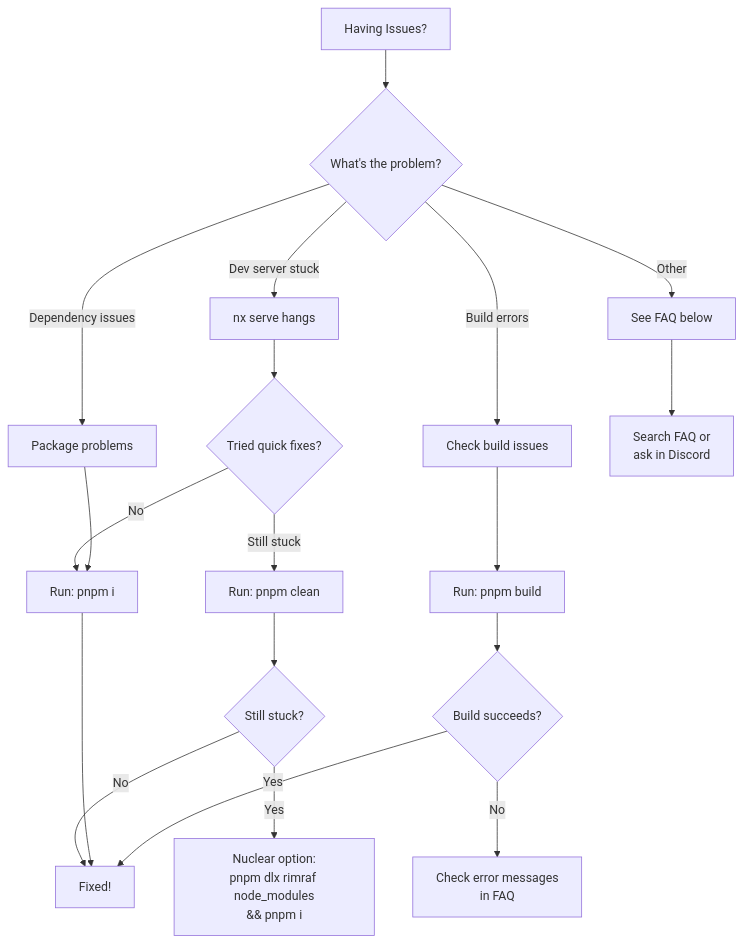
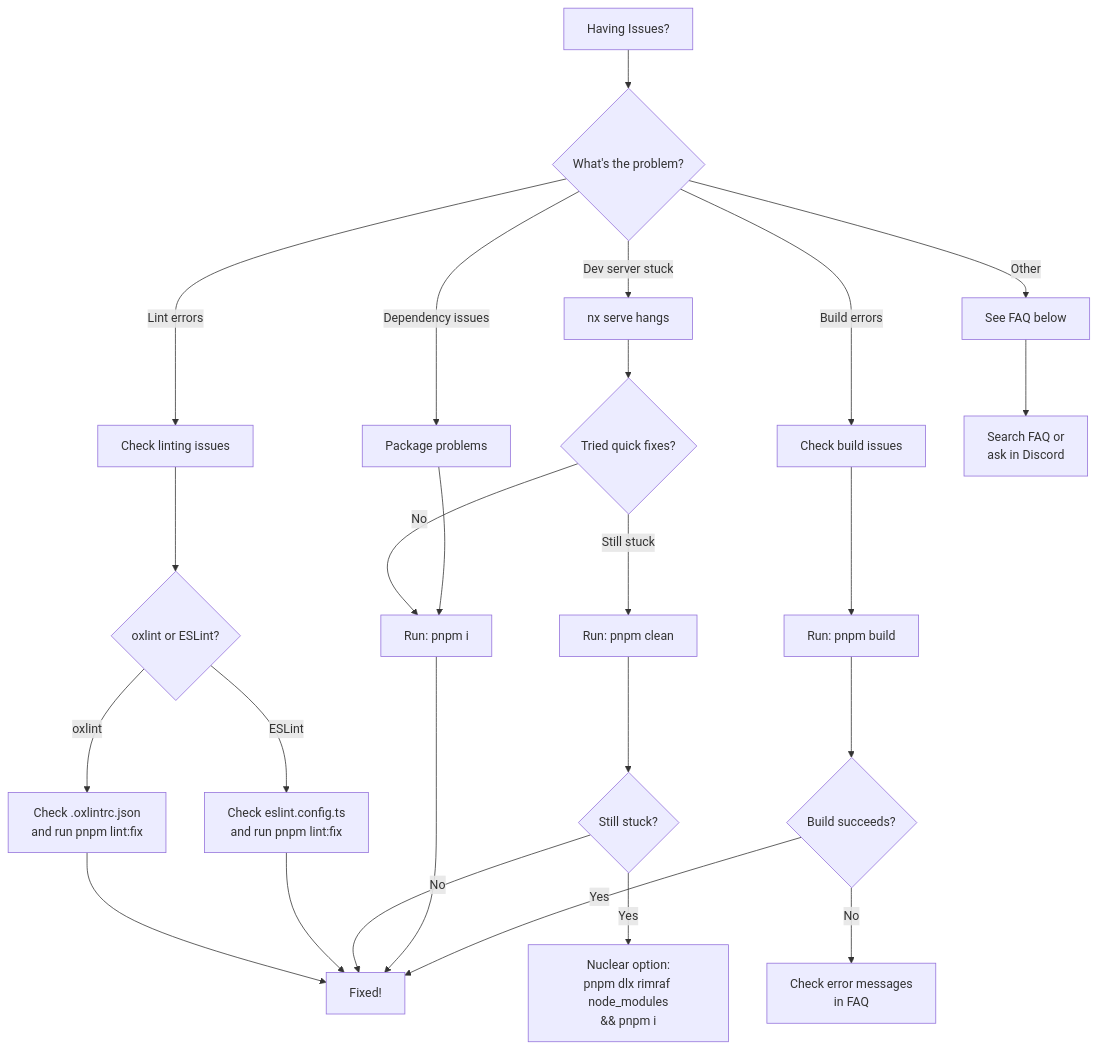
One commit to Comfy-Org/ComfyUI_frontend changed the diagram in TROUBLESHOOTING.md. Above: the diagram before and after it, drawn with Mermaid. The commit also changed other lines of this file and 2 other files, not shown here.

First line of the commit message:
docs: add oxlint troubleshooting section and remove hardcoded values

````diff
--- a/TROUBLESHOOTING.md
+++ b/TROUBLESHOOTING.md
@@ -7,25 +7,32 @@
 ```mermaid
 flowchart TD
     A[Having Issues?] --> B{What's the problem?}
     B -->|Dev server stuck| C[nx serve hangs]
     B -->|Build errors| D[Check build issues]
+    B -->|Lint errors| Q[Check linting issues]
     B -->|Dependency issues| E[Package problems]
     B -->|Other| F[See FAQ below]
+
+    Q --> R{oxlint or ESLint?}
+    R -->|oxlint| S[Check .oxlintrc.json<br/>and run pnpm lint:fix]
+    R -->|ESLint| T[Check eslint.config.ts<br/>and run pnpm lint:fix]
+    S --> L
+    T --> L
 
     C --> G{Tried quick fixes?}
     G -->|No| H[Run: pnpm i]
     G -->|Still stuck| I[Run: pnpm clean]
     I --> J{Still stuck?}
     J -->|Yes| K[Nuclear option:<br/>pnpm dlx rimraf node_modules<br/>&& pnpm i]
     J -->|No| L[Fixed!]
     H --> L
 
     D --> M[Run: pnpm build]
     M --> N{Build succeeds?}
     N -->|No| O[Check error messages<br/>in FAQ]
     N -->|Yes| L
 
     E --> H
 
     F --> P[Search FAQ or<br/>ask in Discord]
 ```
````
